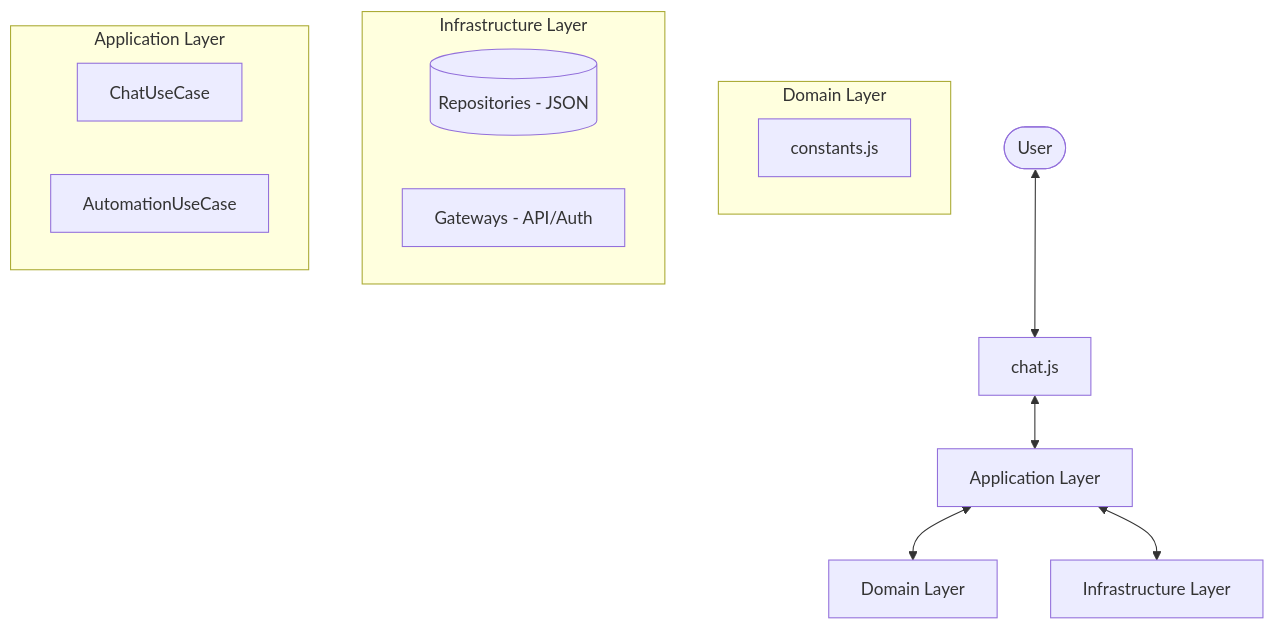
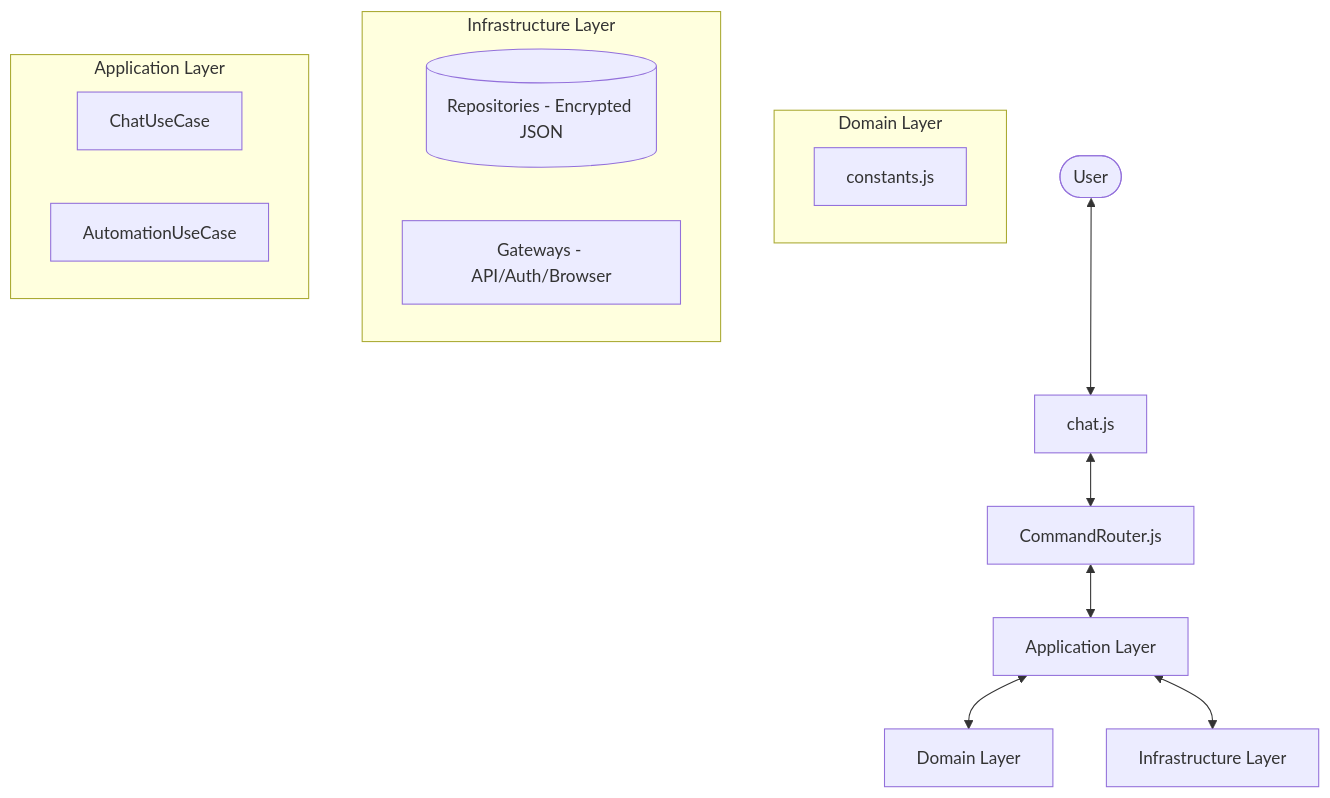
The diagram in spec.md (Benevalterjr/Codexia), drawn with Mermaid before and after one commit. The commit also changed other lines of this file and 25 other files, not shown here.

````diff
--- a/spec.md
+++ b/spec.md
@@ -11,21 +11,22 @@
 ```mermaid
 graph TD
     User([User]) <--> Interface[chat.js]
-    Interface <--> App[Application Layer]
+    Interface <--> Router[CommandRouter.js]
+    Router <--> App[Application Layer]
     App <--> Domain[Domain Layer]
     App <--> Infra[Infrastructure Layer]
     
     subgraph Domain Layer
         Constants[constants.js]
     end
     
     subgraph Infrastructure Layer
-        Repos[(Repositories - JSON)]
-        Gateways[Gateways - API/Auth]
+        Repos[(Repositories - Encrypted JSON)]
+        Gateways[Gateways - API/Auth/Browser]
     end
     
     subgraph Application Layer
         ChatUC[ChatUseCase]
         AutoUC[AutomationUseCase]
     end
 ```
````
